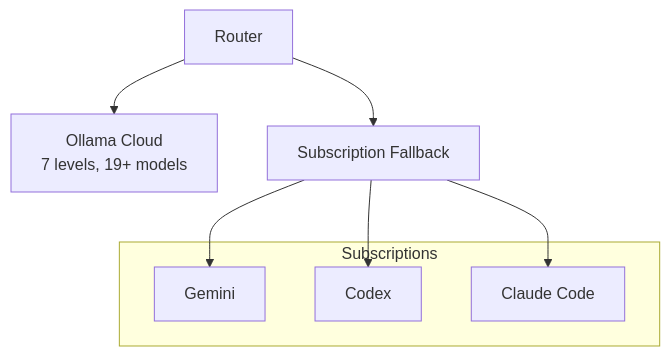
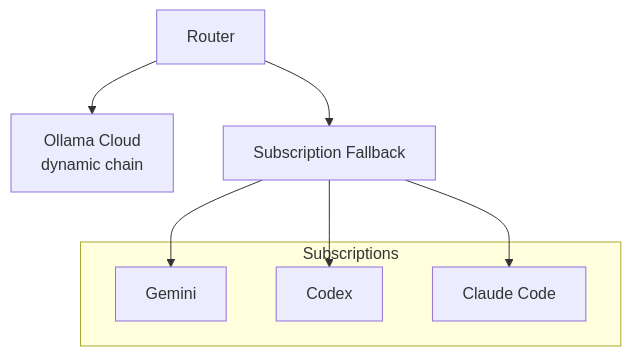
The second of 5 diagrams in docs/architecture/Architecture Overview.md (gr3enarr0w/synapserouter), drawn with Mermaid before and after one commit. The commit also changed other lines of this file and 7 other files, not shown here.

First line of the commit message:
Update docs: dynamic provider chain, 54 skills, spec compliance system

````diff
--- a/docs/architecture/Architecture Overview.md
+++ b/docs/architecture/Architecture Overview.md
@@ -36,15 +36,15 @@
 ```mermaid
 graph TD
-    Router[Router] --> Chain[Ollama Cloud<br>7 levels, 19+ models]
+    Router[Router] --> Chain[Ollama Cloud<br>dynamic chain]
     Router --> Subs[Subscription Fallback]
 
     subgraph Subscriptions
         Gemini[Gemini]
         Codex[Codex]
         Claude[Claude Code]
     end
 
     Subs --> Gemini
     Subs --> Codex
     Subs --> Claude
 ```
````
